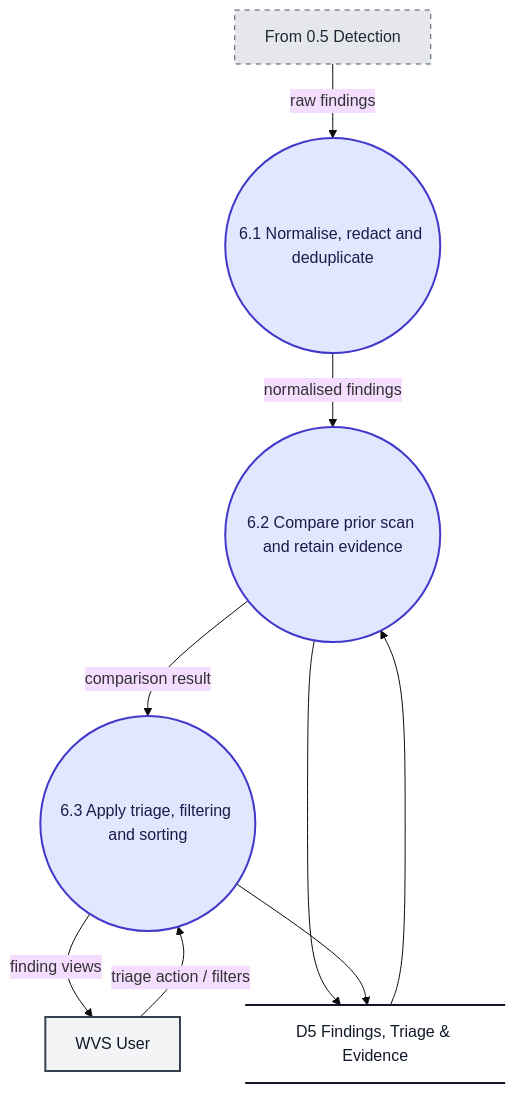
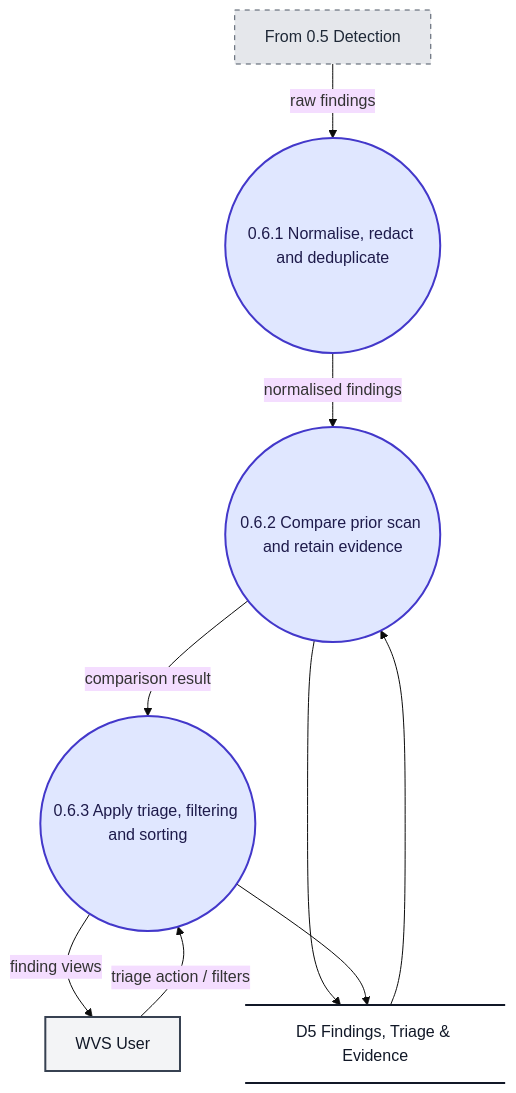
One commit to ksacheth/software-engineering changed the eighth of 10 diagrams in docs/Website_Vulnerability_Scanner_DFD.md. Above: the diagram before and after it, drawn with Mermaid (base theme). The commit also changed other lines of this file and 25 other files, not shown here.

Commit message:
docs(dfd): refine scanner data flow diagrams

````diff
--- a/docs/Website_Vulnerability_Scanner_DFD.md
+++ b/docs/Website_Vulnerability_Scanner_DFD.md
@@ -331,33 +345,33 @@
 ```mermaid
 flowchart TD
     %% Level 2 DFD - F.6 Findings Management
 
     I_From["From 0.5 Detection"]
     User["WVS User"]
 
-    P61(("6.1 Normalise, redact and deduplicate"))
-    P62(("6.2 Compare prior scan and retain evidence"))
-    P63(("6.3 Apply triage, filtering and sorting"))
+    P61(("0.6.1 Normalise, redact and deduplicate"))
+    P62(("0.6.2 Compare prior scan and retain evidence"))
+    P63(("0.6.3 Apply triage, filtering and sorting"))
 
     D5@{ shape: datastore, label: "D5 Findings, Triage & Evidence" }
 
     I_From -->|"raw findings"| P61
     P61 -->|"normalised findings"| P62
     P62 -->|"comparison result"| P63
     P63 -->|"finding views"| User
 
     D5 --> P62
     P62 --> D5
     User -->|"triage action / filters"| P63
     P63 --> D5
 
     %% Styling
     classDef process fill:#e0e7ff,stroke:#4338ca,stroke-width:2px,color:#1e1b4b;
     classDef entity fill:#f3f4f6,stroke:#374151,stroke-width:2px,color:#111827;
     classDef store fill:transparent,stroke:#111827,stroke-width:2px,color:#111827;
     classDef iface fill:#e5e7eb,stroke:#4b5563,stroke-width:1px,stroke-dasharray: 5 5,color:#1f2937;
     class P61,P62,P63 process;
     class User entity;
     class D5 store;
     class I_From iface;
 ```
````
